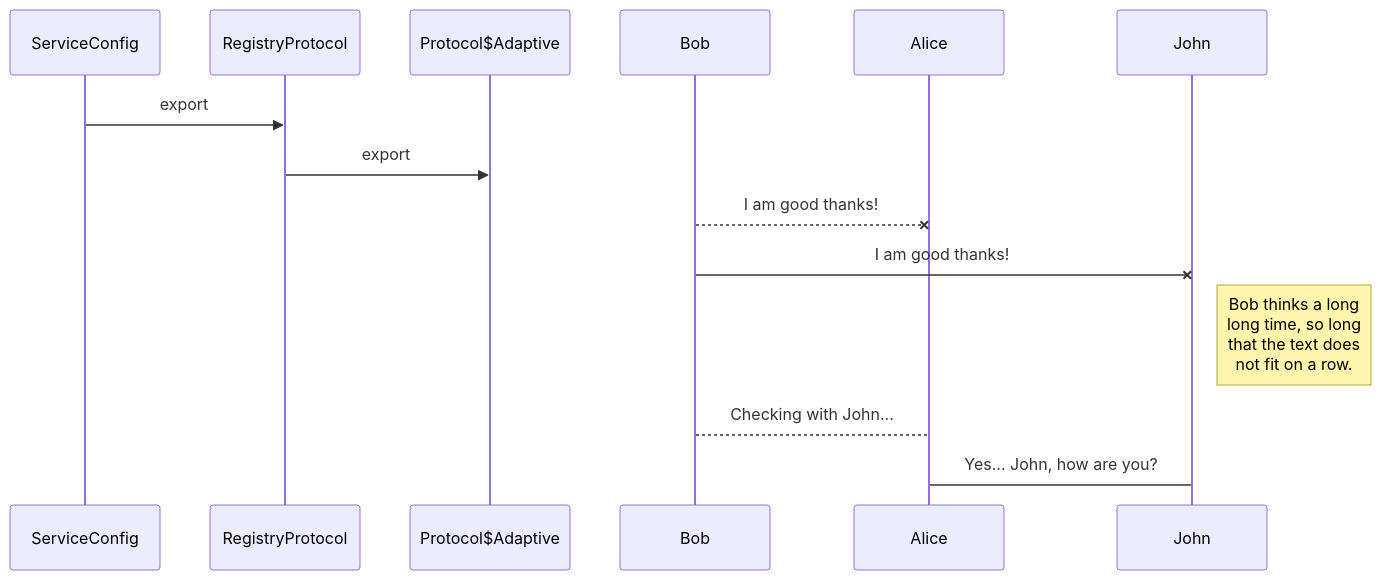
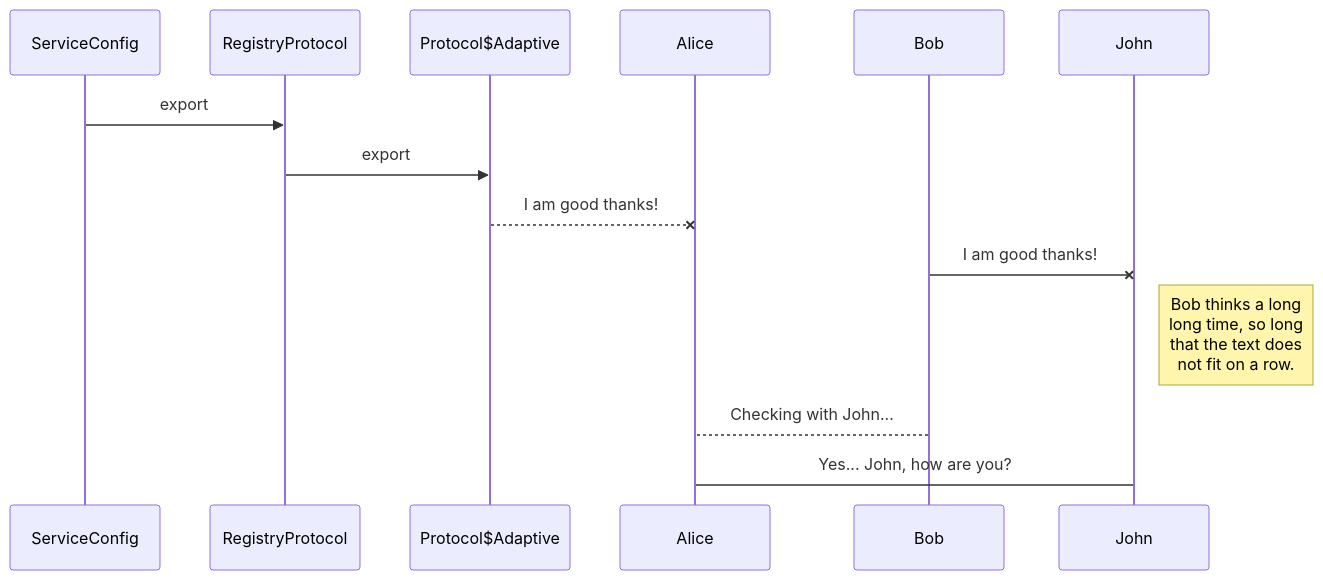
Before and after one commit to zhudongdong/docs: the diagram in dubbo/dubbo.md, drawn with Mermaid. The commit also changed other lines of this file, not shown here.

Commit message:
Uploaded by https://stackedit.io/

````diff
--- a/dubbo/dubbo.md
+++ b/dubbo/dubbo.md
@@ -144,11 +144,11 @@
 ```mermaid
 sequenceDiagram
 ServiceConfig ->> RegistryProtocol: export
 RegistryProtocol->>Protocol$Adaptive: export
-Bob--x Alice: I am good thanks!
+Protocol$Adaptive--x Alice: I am good thanks!
 Bob-x John: I am good thanks!
 Note right of John: Bob thinks a long<br/>long time, so long<br/>that the text does<br/>not fit on a row.
 
 Bob-->Alice: Checking with John...
 Alice->John: Yes... John, how are you?
 ```
````
